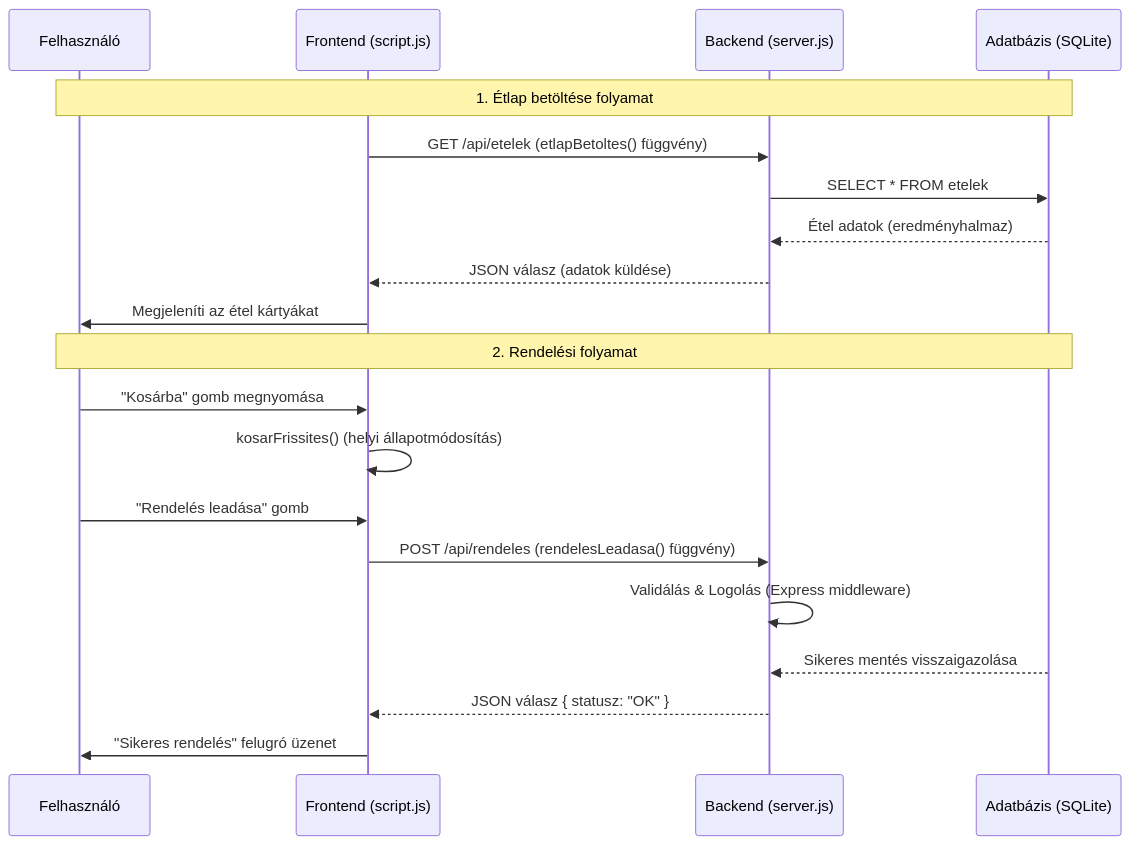
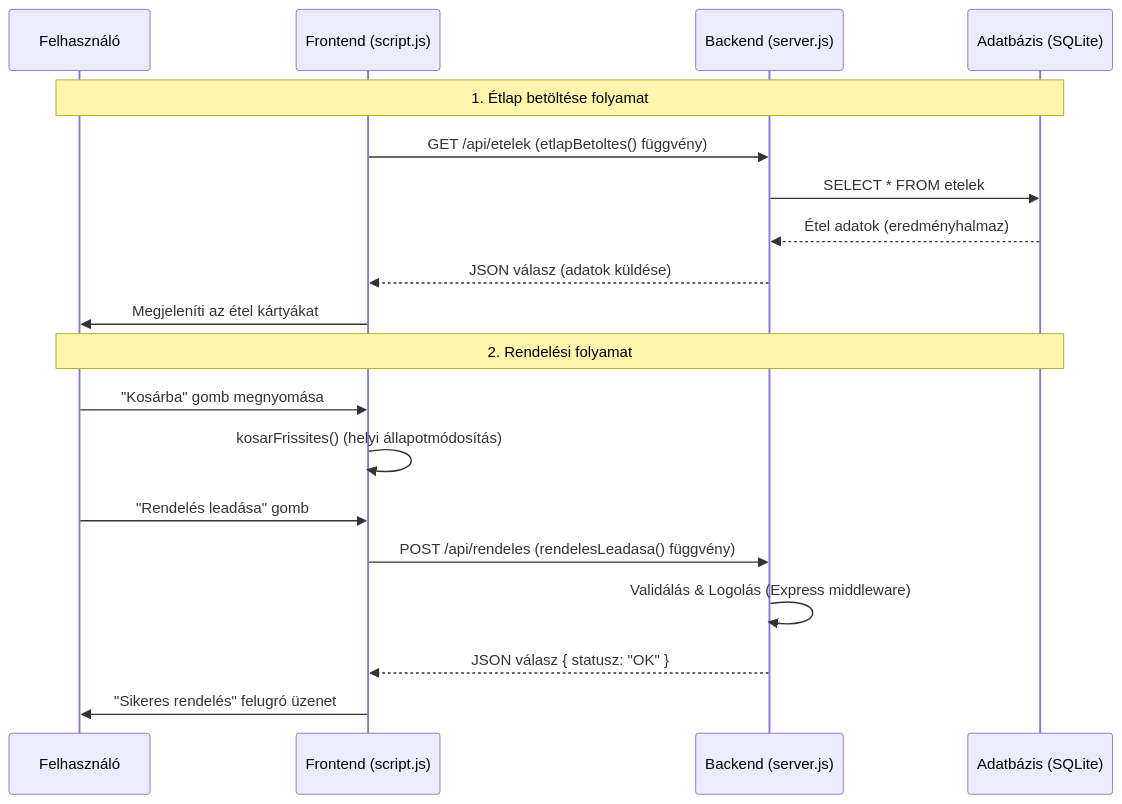
Before and after one commit to z0oonv/etelrendelo: the diagram in README.md, drawn with Mermaid.

Commit message:
folyamat_jav2

````diff
--- a/README.md
+++ b/README.md
@@ -22,24 +22,23 @@
 ```mermaid
   sequenceDiagram
     participant U as Felhasználó
     participant F as Frontend (script.js)
     participant B as Backend (server.js)
     participant D as Adatbázis (SQLite)
 
     Note over U,D: 1. Étlap betöltése folyamat
     F->>B: GET /api/etelek (etlapBetoltes() függvény)
     B->>D: SELECT * FROM etelek
     D-->>B: Étel adatok (eredményhalmaz)
     B-->>F: JSON válasz (adatok küldése)
     F->>U: Megjeleníti az étel kártyákat
 
     Note over U,D: 2. Rendelési folyamat
     U->>F: "Kosárba" gomb megnyomása
     F->>F: kosarFrissites() (helyi állapotmódosítás)
     U->>F: "Rendelés leadása" gomb
     F->>B: POST /api/rendeles (rendelesLeadasa() függvény)
     B->>B: Validálás & Logolás (Express middleware)
-    D-->>B: Sikeres mentés visszaigazolása
     B-->>F: JSON válasz { statusz: "OK" }
     F->>U: "Sikeres rendelés" felugró üzenet
 ```
````
